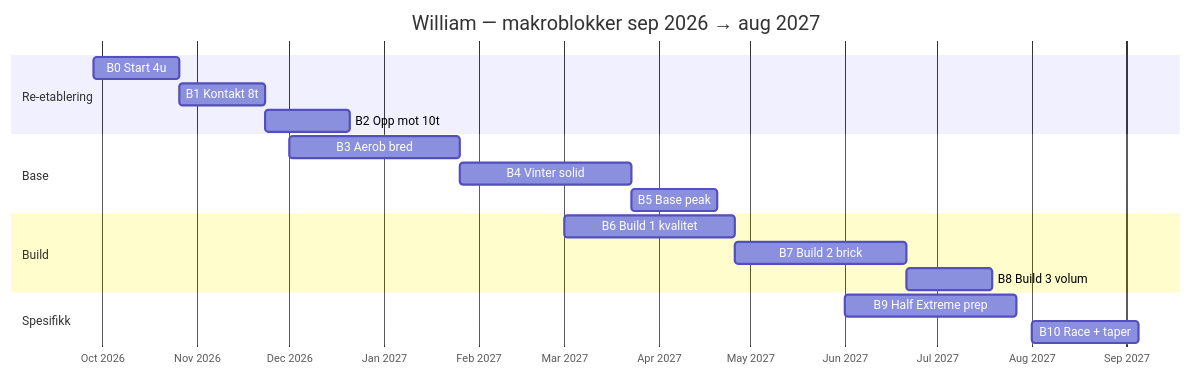
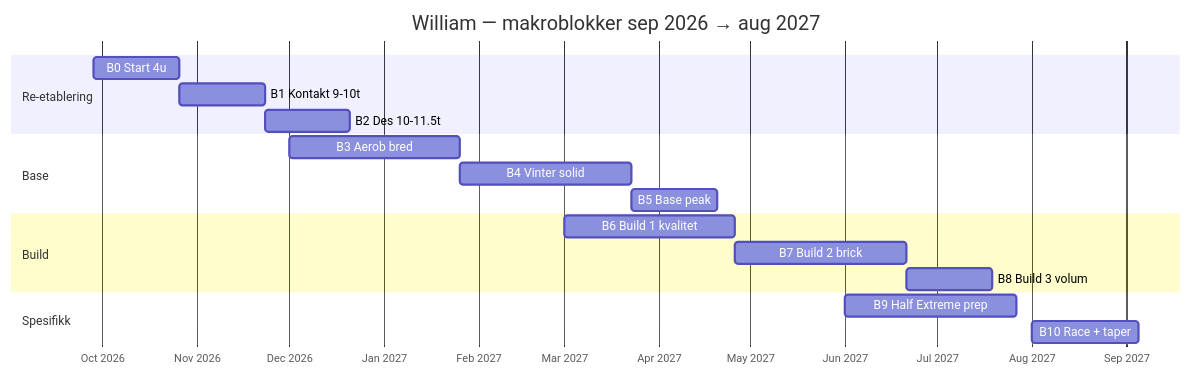
Before and after one commit to Wilste123/Lofoten_light: the diagram in plans/blokker-periodisering-2026-2027.md, drawn with Mermaid. The commit also changed other lines of this file and 18 other files, not shown here.

````diff
--- a/plans/blokker-periodisering-2026-2027.md
+++ b/plans/blokker-periodisering-2026-2027.md
@@ -26,25 +26,25 @@
 ```mermaid
 gantt
     title William — makroblokker sep 2026 → aug 2027
     dateFormat YYYY-MM-DD
     axisFormat %b %Y
 
     section Re-etablering
     B0 Start 4u           :b0, 2026-09-28, 28d
-    B1 Kontakt 8t         :b1, after b0, 28d
-    B2 Opp mot 10t        :b2, after b1, 28d
+    B1 Kontakt 9-10t      :b1, after b0, 28d
+    B2 Des 10-11.5t      :b2, after b1, 28d
 
     section Base
     B3 Aerob bred         :b3, 2026-12-01, 56d
     B4 Vinter solid       :b4, after b3, 56d
     B5 Base peak          :b5, after b4, 28d
 
     section Build
     B6 Build 1 kvalitet   :b6, 2027-03-01, 56d
     B7 Build 2 brick      :b7, after b6, 56d
     B8 Build 3 volum      :b8, after b7, 28d
 
     section Spesifikk
     B9 Half Extreme prep  :b9, 2027-06-01, 56d
     B10 Race + taper      :b10, 2027-08-01, 35d
 ```
````
